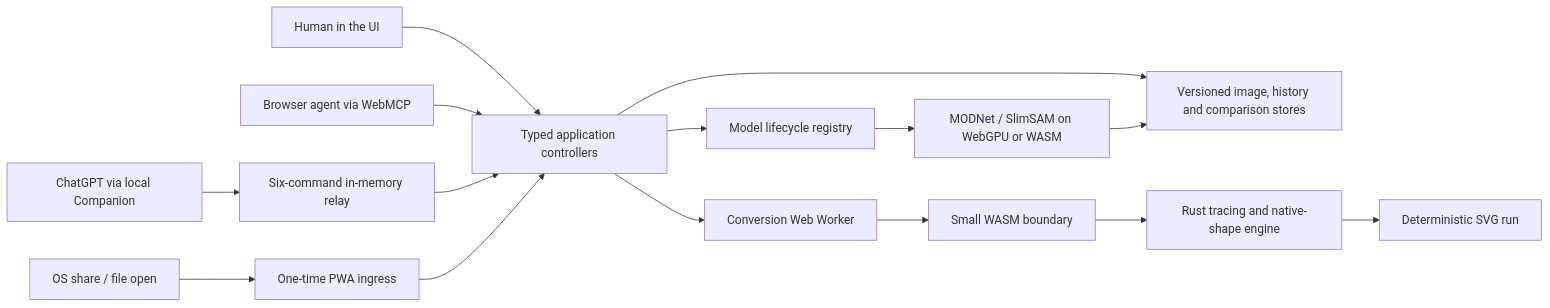
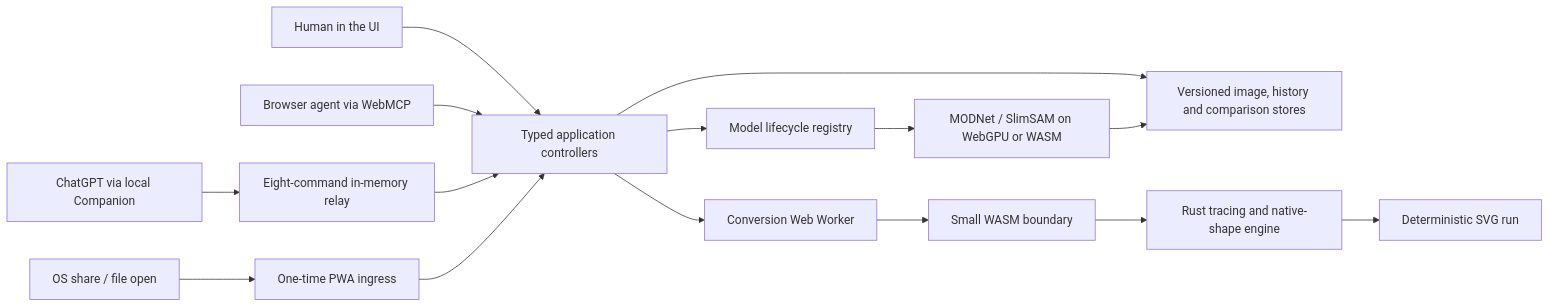
One commit to MarvKalani/img2svg-studio changed the diagram in docs/ARCHITECTURE.md. Above: the diagram before and after it, drawn with Mermaid. The commit also changed other lines of this file and 22 other files, not shown here.

First line of the commit message:
feat(MCP-06): let ChatGPT drive the Magic Wand

````diff
--- a/docs/ARCHITECTURE.md
+++ b/docs/ARCHITECTURE.md
@@ -10,17 +10,17 @@
 ```mermaid
 flowchart LR
   Human["Human in the UI"] --> Controllers["Typed application controllers"]
   Agent["Browser agent via WebMCP"] --> Controllers
-  ChatGPT["ChatGPT via local Companion"] --> Relay["Six-command in-memory relay"]
+  ChatGPT["ChatGPT via local Companion"] --> Relay["Eight-command in-memory relay"]
   Relay --> Controllers
   OS["OS share / file open"] --> PWA["One-time PWA ingress"]
   PWA --> Controllers
   Controllers --> Workspace["Versioned image, history and comparison stores"]
   Controllers --> Worker["Conversion Web Worker"]
   Worker --> Wasm["Small WASM boundary"]
   Wasm --> Engine["Rust tracing and native-shape engine"]
   Controllers --> Models["Model lifecycle registry"]
   Models --> LocalAI["MODNet / SlimSAM on WebGPU or WASM"]
   Engine --> SVG["Deterministic SVG run"]
   LocalAI --> Workspace
 ```
````
